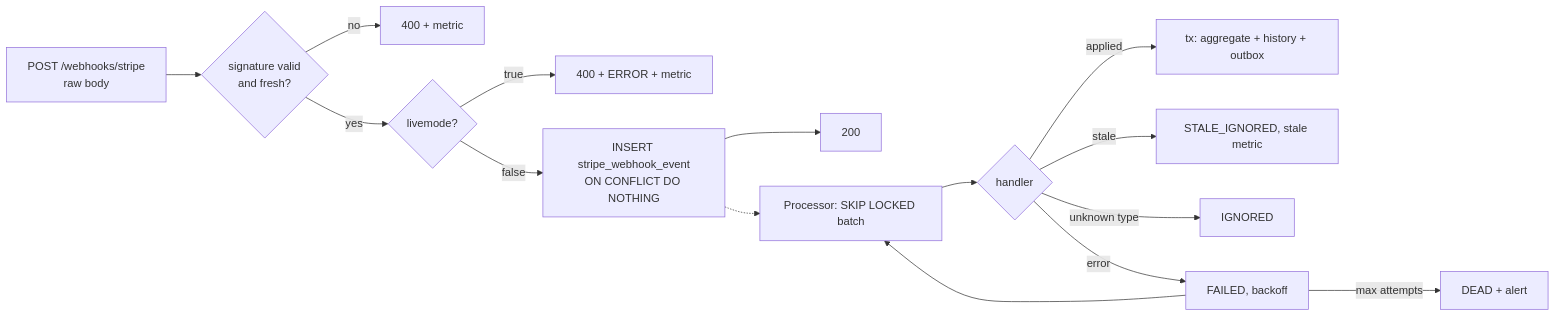
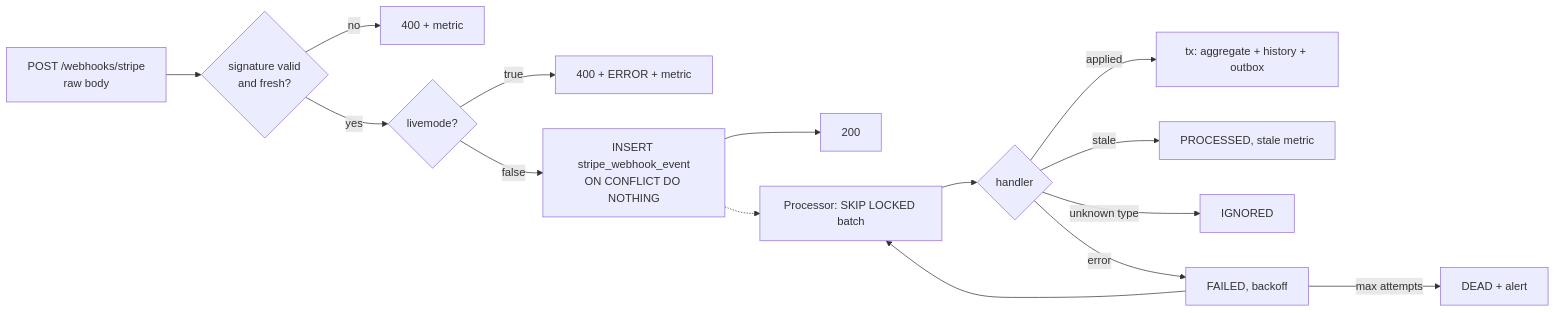
The sixth of 6 diagrams in docs/architecture.md (AlexGorbatov/order-payment-platform), drawn with Mermaid before and after one commit. The commit also changed other lines of this file and 63 other files, not shown here.

````diff
--- a/docs/architecture.md
+++ b/docs/architecture.md
@@ -230,16 +230,16 @@
 ```mermaid
 flowchart LR
   A[POST /webhooks/stripe<br/>raw body] --> B{signature valid<br/>and fresh?}
   B -- no --> X[400 + metric]
   B -- yes --> L{livemode?}
   L -- true --> X2[400 + ERROR + metric]
   L -- false --> D[INSERT stripe_webhook_event<br/>ON CONFLICT DO NOTHING]
   D --> R[200]
   D -.-> P[Processor: SKIP LOCKED batch]
   P --> H{handler}
   H -- applied --> T[tx: aggregate + history + outbox]
-  H -- stale --> S1[STALE_IGNORED, stale metric]
+  H -- stale --> S1[PROCESSED, stale metric]
   H -- unknown type --> I[IGNORED]
   H -- error --> F[FAILED, backoff] --> P
   F -- max attempts --> DEAD[DEAD + alert]
 ```
````
